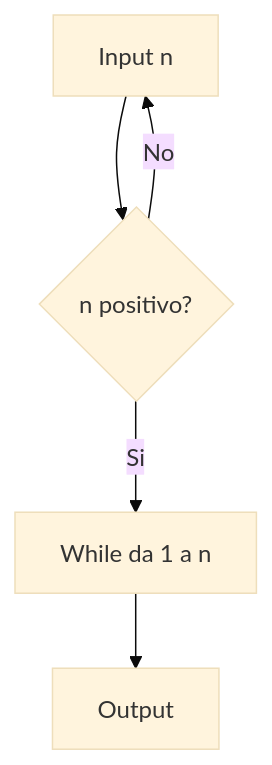
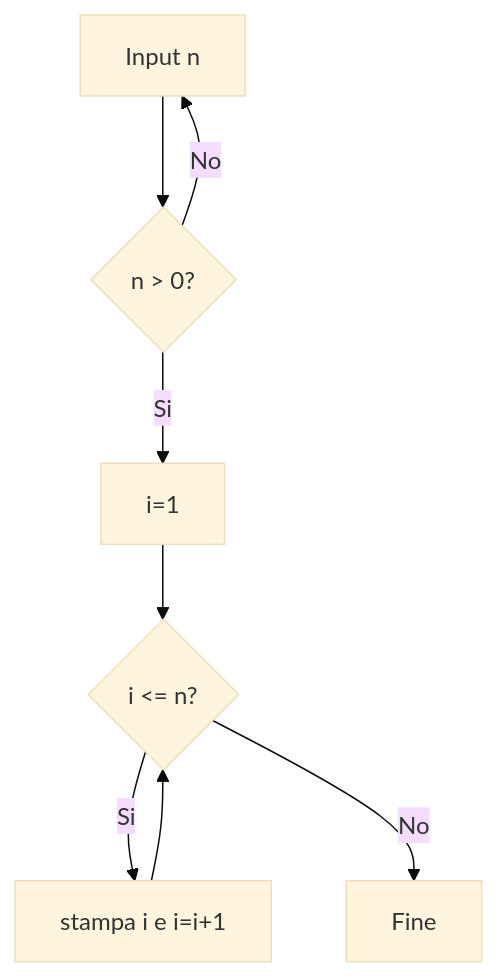
One commit to lucadagati/Lab_Fondamenti_di_Informatica_25_26 changed the sixth of 20 diagrams in 04-python-jupyter-analisi-biomedica/README.md. Above: the diagram before and after it, drawn with Mermaid (base theme). The commit also changed other lines of this file, not shown here.

First line of the commit message:
README Lab 4: aggiunge testo esercizi e flow più espliciti

````diff
--- a/04-python-jupyter-analisi-biomedica/README.md
+++ b/04-python-jupyter-analisi-biomedica/README.md
@@ -115,7 +138,10 @@
 ```mermaid
 flowchart TD
-    A[Input n] --> B{n positivo?}
+    A[Input n] --> B{n > 0?}
     B -- No --> A
-    B -- Si --> C[While da 1 a n]
-    C --> D[Output]
+    B -- Si --> C[i=1]
+    C --> D{i <= n?}
+    D -- Si --> E[stampa i e i=i+1]
+    E --> D
+    D -- No --> F[Fine]
 ```
````
